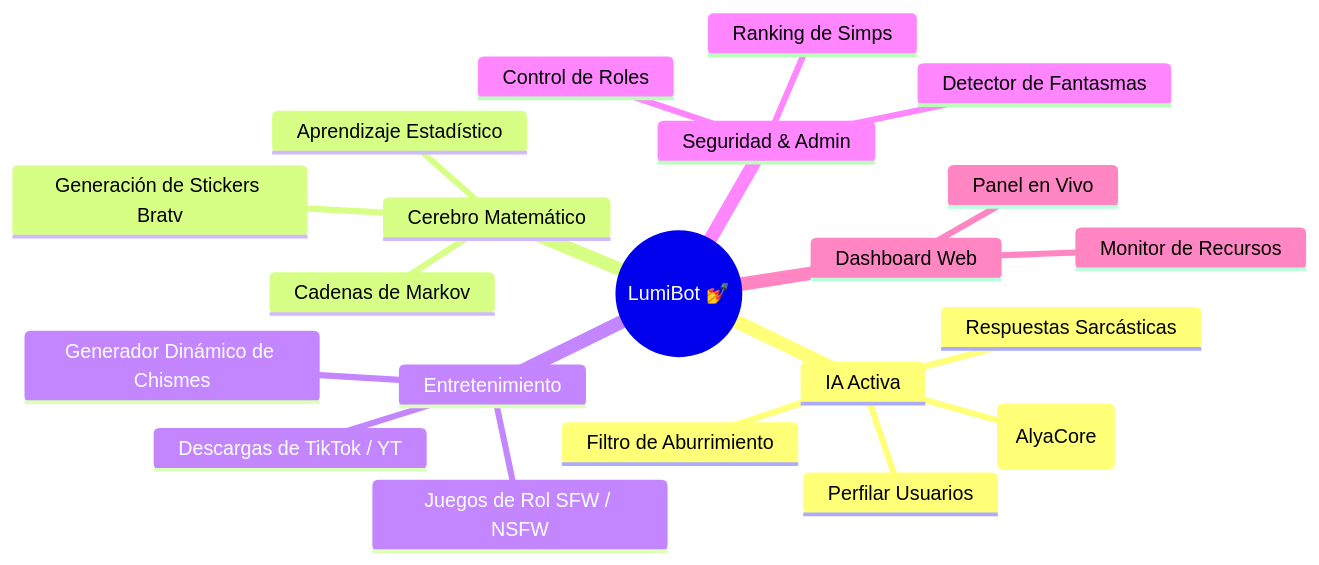
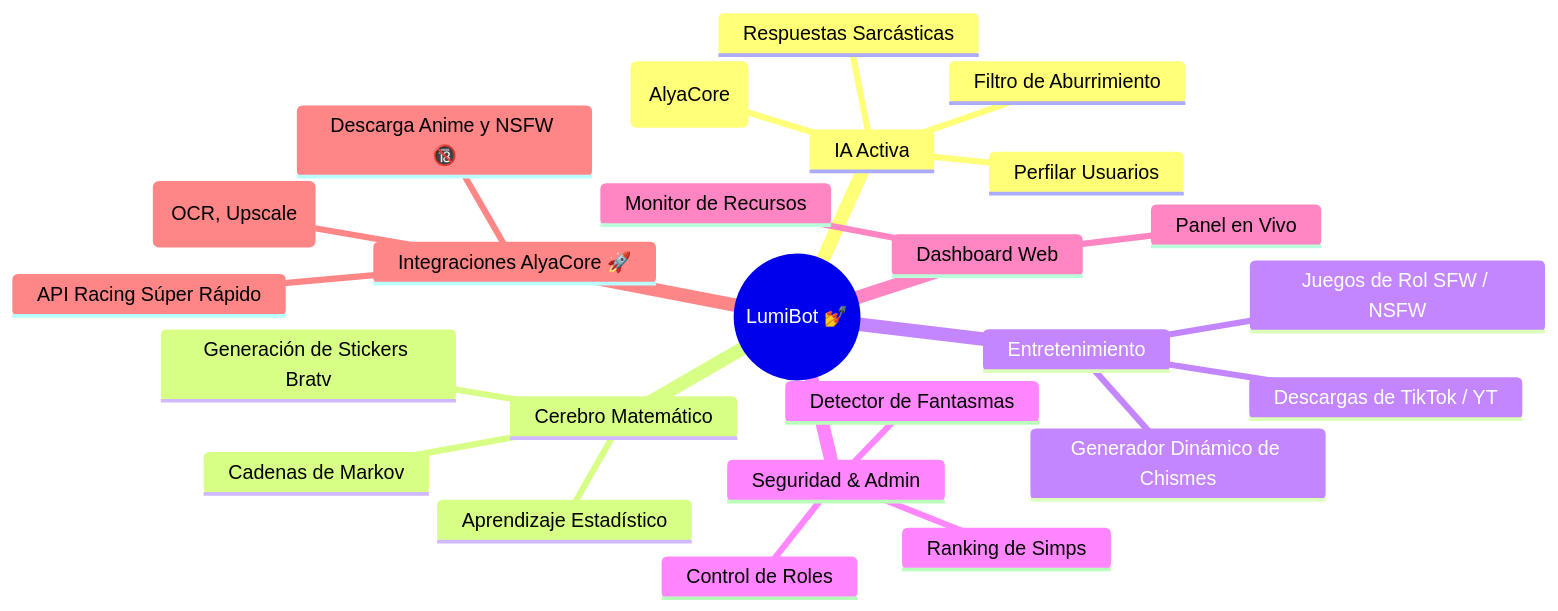
The first of 6 diagrams in README.md (LuferOS/LumiBot), drawn with Mermaid before and after one commit. The commit also changed other lines of this file and 2 other files, not shown here.

Commit message:
docs: bump version to 4.0.0 and update README with AlyaCore diagrams

````diff
--- a/README.md
+++ b/README.md
@@ -35,24 +35,28 @@
 ```mermaid
 mindmap
   root((LumiBot 💅))
     IA Activa
       Perfilar Usuarios
       Filtro de Aburrimiento
       Respuestas Sarcásticas
       Integración LLM (AlyaCore)
     Cerebro Matemático
       Cadenas de Markov
       Aprendizaje Estadístico
       Generación de Stickers Bratv
     Entretenimiento
       Juegos de Rol SFW / NSFW
       Generador Dinámico de Chismes
       Descargas de TikTok / YT
     Seguridad & Admin
       Detector de Fantasmas
       Ranking de Simps
       Control de Roles
     Dashboard Web
       Monitor de Recursos
       Panel en Vivo
+    Integraciones AlyaCore 🚀
+      API Racing Súper Rápido
+      Herramientas Inteligentes (OCR, Upscale)
+      Descarga Anime y NSFW 🔞
 ```
````
